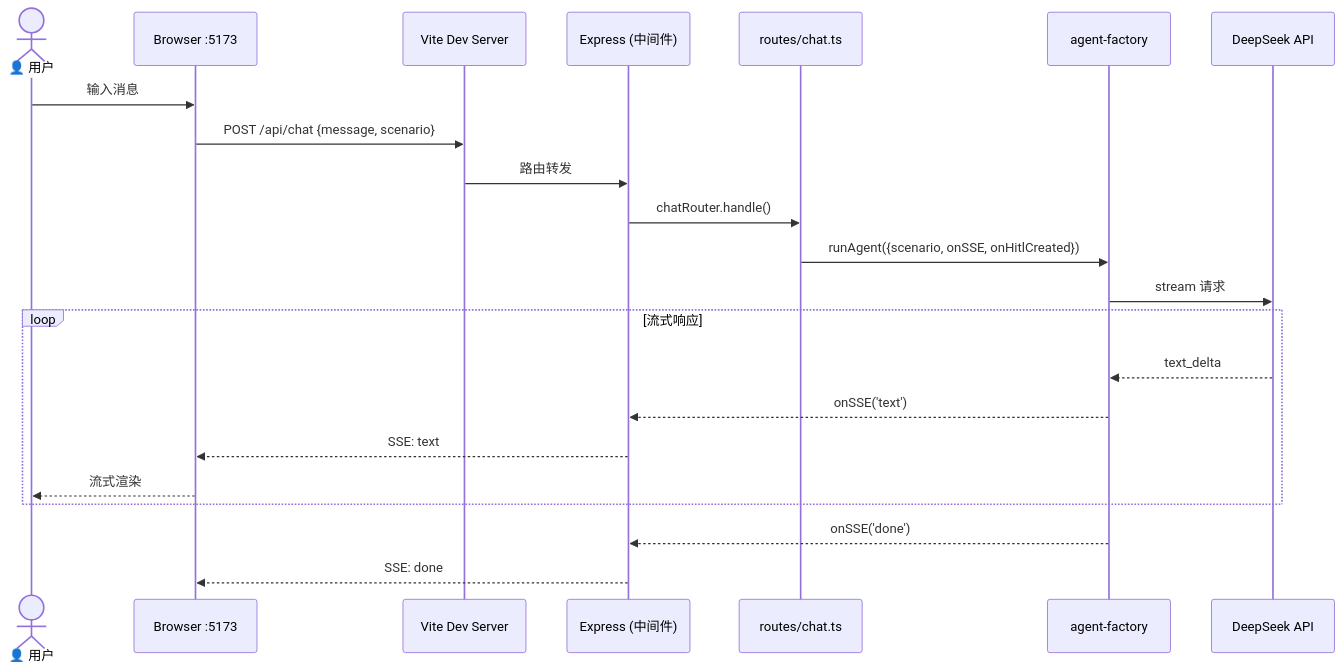
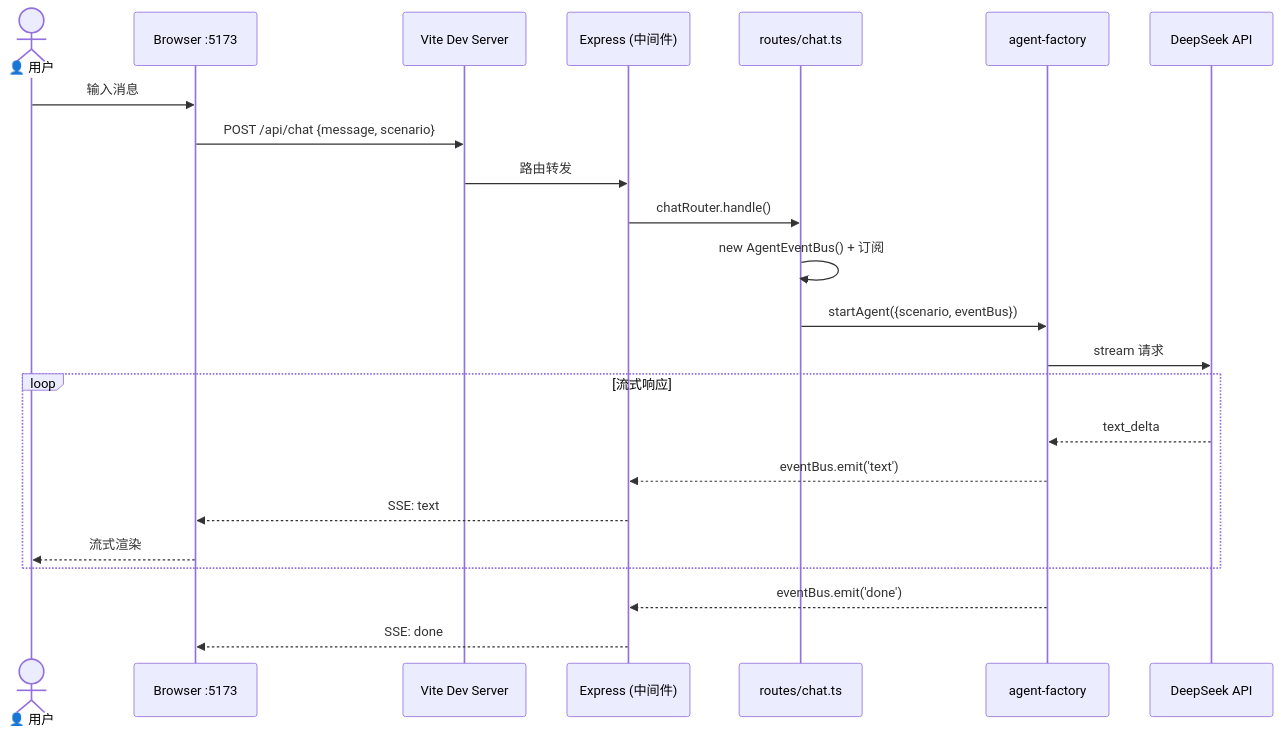
Before and after one commit to yjzaaa/leave-approval-agent: the third of 3 diagrams in src/controllers/CLAUDE.md, drawn with Mermaid.

Commit message:
docs: 更新 controllers/CLAUDE.md 时序图 — onSSE → eventBus.emit()

````diff
--- a/src/controllers/CLAUDE.md
+++ b/src/controllers/CLAUDE.md
@@ -117,27 +117,28 @@
 ```mermaid
 sequenceDiagram
     actor User as 👤 用户
     participant Browser as Browser :5173
     participant Vite as Vite Dev Server
     participant Express as Express (中间件)
     participant Route as routes/chat.ts
     participant Factory as agent-factory
     participant API as DeepSeek API
 
     User->>Browser: 输入消息
     Browser->>Vite: POST /api/chat {message, scenario}
     Vite->>Express: 路由转发
     Express->>Route: chatRouter.handle()
-    Route->>Factory: runAgent({scenario, onSSE, onHitlCreated})
+    Route->>Route: new AgentEventBus() + 订阅
+    Route->>Factory: startAgent({scenario, eventBus})
     Factory->>API: stream 请求
 
     loop 流式响应
         API-->>Factory: text_delta
-        Factory-->>Express: onSSE('text')
+        Factory-->>Express: eventBus.emit('text')
         Express-->>Browser: SSE: text
         Browser-->>User: 流式渲染
     end
 
-    Factory-->>Express: onSSE('done')
+    Factory-->>Express: eventBus.emit('done')
     Express-->>Browser: SSE: done
 ```
````
